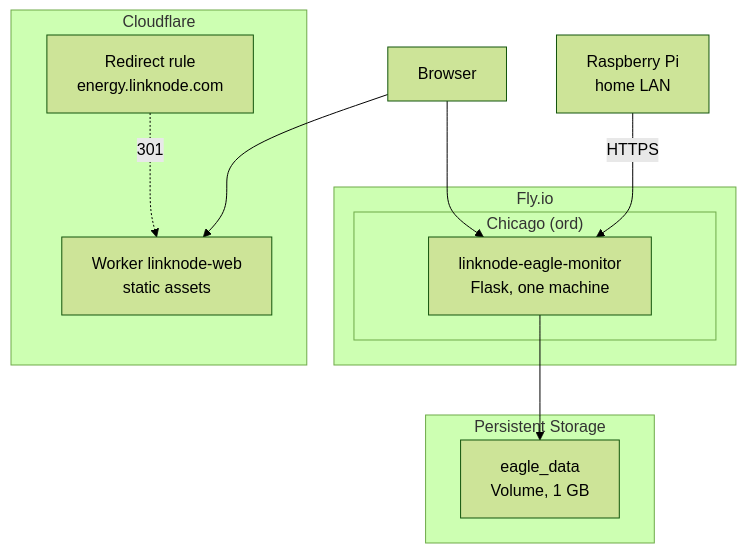
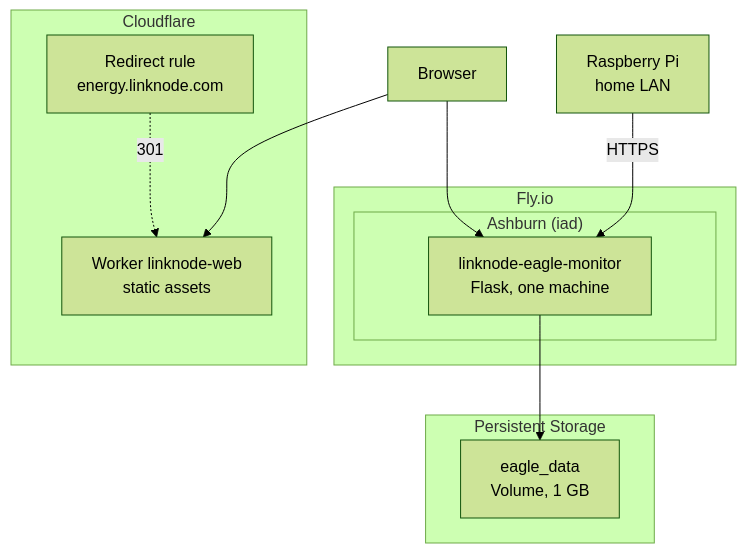
The seventh of 9 diagrams in docs/THEORY_OF_OPERATION.md (murr2k/linknode-com), drawn with Mermaid (forest theme) before and after one commit. The commit also changed other lines of this file and 7 other files, not shown here.

First line of the commit message:
infra(eagle-monitor): move from ord to iad

````diff
--- a/docs/THEORY_OF_OPERATION.md
+++ b/docs/THEORY_OF_OPERATION.md
@@ -378,24 +378,24 @@
 ```mermaid
 graph TB
     subgraph "Fly.io"
-        subgraph "Chicago (ord)"
+        subgraph "Ashburn (iad)"
             EM["linknode-eagle-monitor<br/>Flask, one machine"]
         end
     end
 
     subgraph "Persistent Storage"
         V1["eagle_data<br/>Volume, 1 GB"]
     end
 
     EM --> V1
 
     subgraph "Cloudflare"
         WEB["Worker linknode-web<br/>static assets"]
         RR["Redirect rule<br/>energy.linknode.com"]
     end
 
     PI["Raspberry Pi<br/>home LAN"] -->|HTTPS| EM
     USER["Browser"] --> WEB
     USER --> EM
     RR -.->|301| WEB
 ```
````
